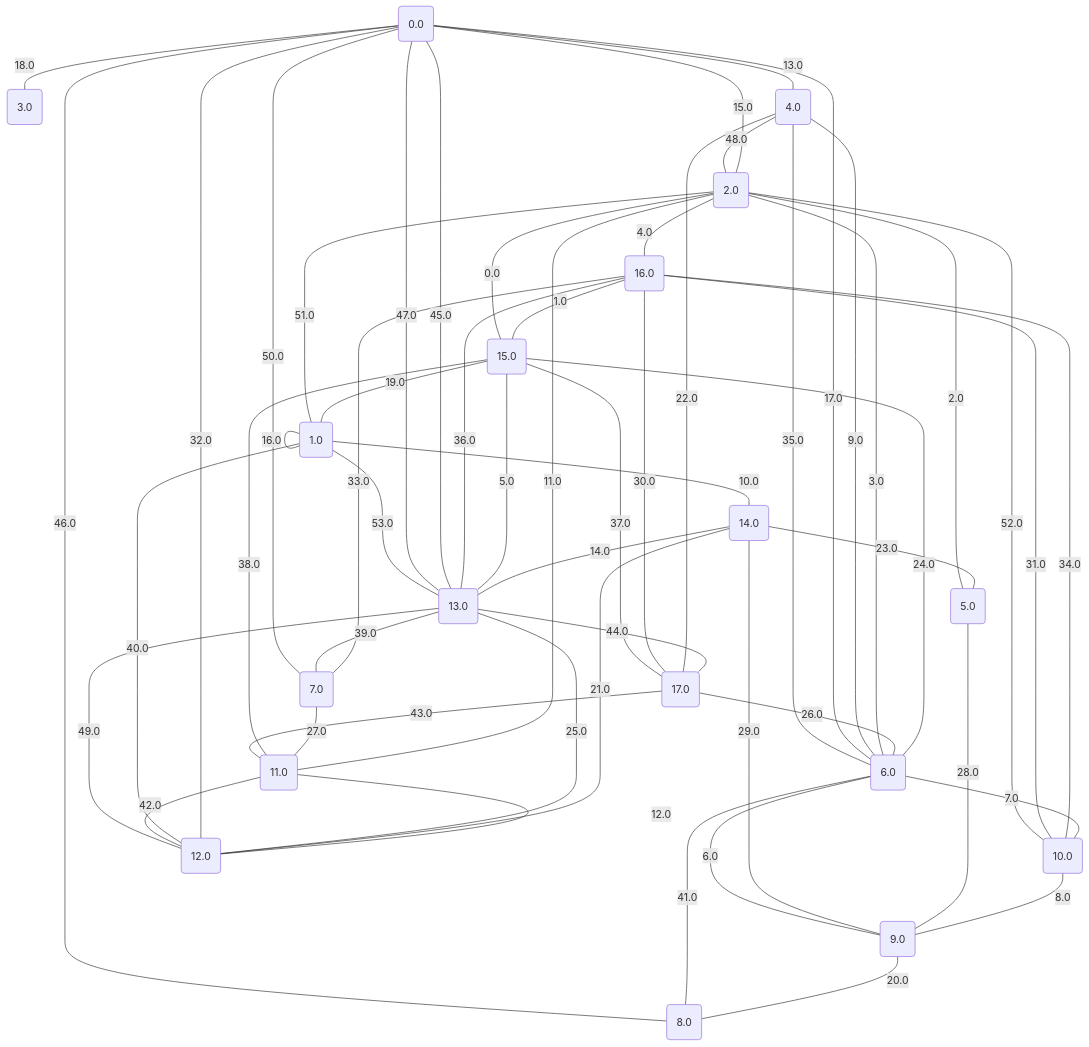
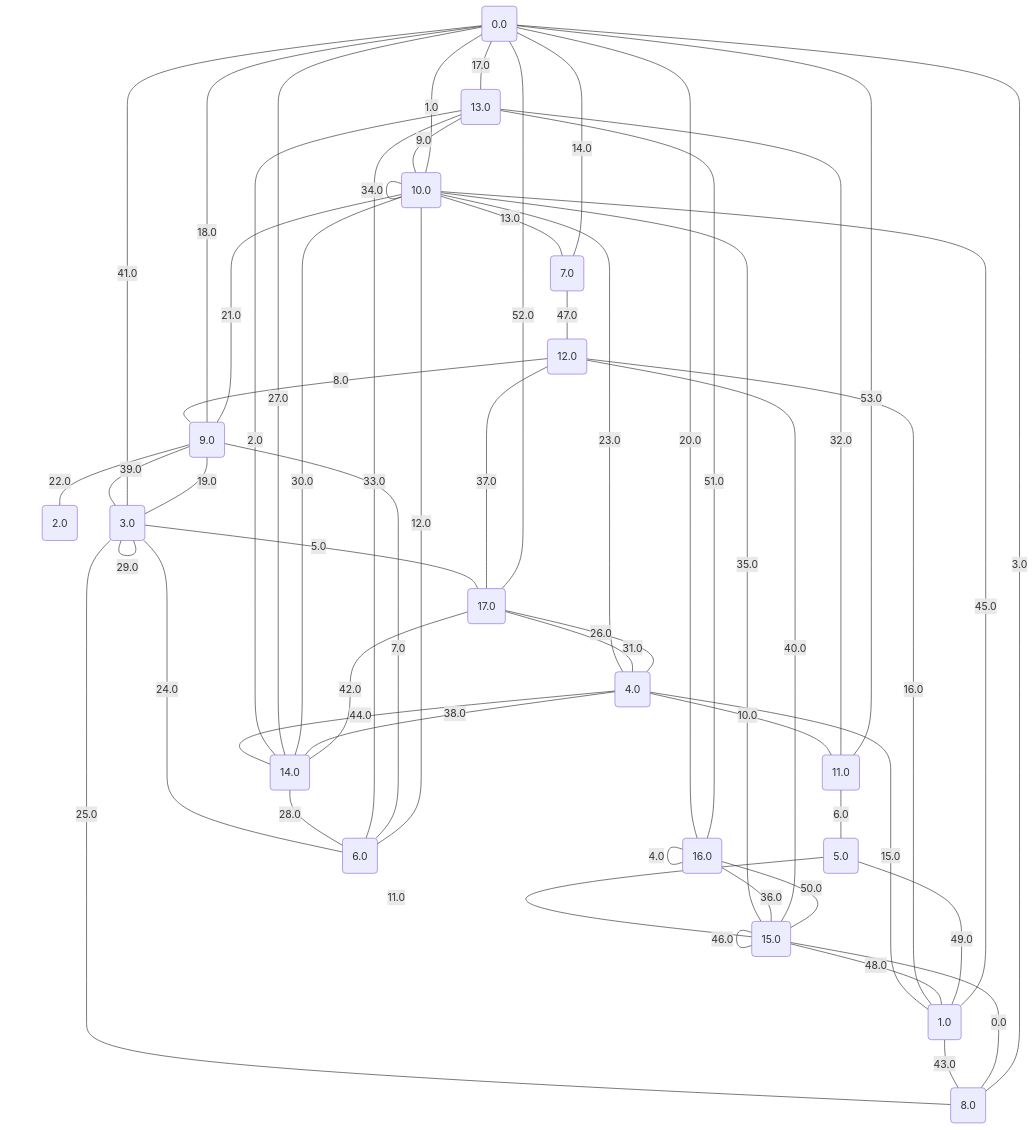
One commit to metury/graphs changed the diagram in project/src/testing/graphs/13.md. Above: the diagram before and after it, drawn with Mermaid. The commit also changed 27 other files, not shown here.

````diff
--- a/project/src/testing/graphs/13.md
+++ b/project/src/testing/graphs/13.md
@@ -1,75 +1,75 @@
 ```mermaid
 graph TD;
 0("0.0");
 1("1.0");
 2("2.0");
 3("3.0");
 4("4.0");
 5("5.0");
 6("6.0");
 7("7.0");
 8("8.0");
 9("9.0");
 10("10.0");
 11("11.0");
 12("12.0");
 13("13.0");
 14("14.0");
 15("15.0");
 16("16.0");
 17("17.0");
-	15 -- "0.0" --- 2;
-	16 -- "1.0" --- 15;
-	5 -- "2.0" --- 2;
-	6 -- "3.0" --- 2;
-	2 -- "4.0" --- 16;
-	13 -- "5.0" --- 15;
-	9 -- "6.0" --- 6;
-	6 -- "7.0" --- 10;
-	10 -- "8.0" --- 9;
-	6 -- "9.0" --- 4;
-	1 -- "10.0" --- 14;
-	2 -- "11.0" --- 11;
-	11 -- "12.0" --- 12;
-	0 -- "13.0" --- 4;
-	14 -- "14.0" --- 13;
-	0 -- "15.0" --- 2;
-	1 -- "16.0" --- 1;
-	6 -- "17.0" --- 0;
-	0 -- "18.0" --- 3;
-	15 -- "19.0" --- 1;
-	9 -- "20.0" --- 8;
-	14 -- "21.0" --- 12;
-	17 -- "22.0" --- 4;
-	14 -- "23.0" --- 5;
-	15 -- "24.0" --- 6;
-	13 -- "25.0" --- 12;
-	17 -- "26.0" --- 6;
-	7 -- "27.0" --- 11;
-	5 -- "28.0" --- 9;
-	14 -- "29.0" --- 9;
-	17 -- "30.0" --- 16;
-	10 -- "31.0" --- 16;
-	0 -- "32.0" --- 12;
-	16 -- "33.0" --- 7;
-	16 -- "34.0" --- 10;
-	6 -- "35.0" --- 4;
-	13 -- "36.0" --- 16;
-	17 -- "37.0" --- 15;
-	15 -- "38.0" --- 11;
-	13 -- "39.0" --- 7;
-	1 -- "40.0" --- 12;
-	8 -- "41.0" --- 6;
-	11 -- "42.0" --- 12;
-	17 -- "43.0" --- 11;
-	13 -- "44.0" --- 17;
-	13 -- "45.0" --- 0;
-	8 -- "46.0" --- 0;
-	13 -- "47.0" --- 0;
-	4 -- "48.0" --- 2;
-	13 -- "49.0" --- 12;
-	0 -- "50.0" --- 7;
-	2 -- "51.0" --- 1;
-	10 -- "52.0" --- 2;
-	13 -- "53.0" --- 1;
+	8 -- "0.0" --- 15;
+	10 -- "1.0" --- 0;
+	14 -- "2.0" --- 13;
+	8 -- "3.0" --- 0;
+	16 -- "4.0" --- 16;
+	3 -- "5.0" --- 17;
+	11 -- "6.0" --- 5;
+	6 -- "7.0" --- 9;
+	12 -- "8.0" --- 9;
+	13 -- "9.0" --- 10;
+	4 -- "10.0" --- 11;
+	5 -- "11.0" --- 15;
+	6 -- "12.0" --- 10;
+	10 -- "13.0" --- 7;
+	7 -- "14.0" --- 0;
+	4 -- "15.0" --- 1;
+	12 -- "16.0" --- 1;
+	0 -- "17.0" --- 13;
+	0 -- "18.0" --- 9;
+	3 -- "19.0" --- 9;
+	0 -- "20.0" --- 16;
+	9 -- "21.0" --- 10;
+	9 -- "22.0" --- 2;
+	10 -- "23.0" --- 4;
+	3 -- "24.0" --- 6;
+	3 -- "25.0" --- 8;
+	4 -- "26.0" --- 17;
+	14 -- "27.0" --- 0;
+	14 -- "28.0" --- 6;
+	3 -- "29.0" --- 3;
+	14 -- "30.0" --- 10;
+	17 -- "31.0" --- 4;
+	11 -- "32.0" --- 13;
+	13 -- "33.0" --- 6;
+	10 -- "34.0" --- 10;
+	10 -- "35.0" --- 15;
+	16 -- "36.0" --- 15;
+	12 -- "37.0" --- 17;
+	14 -- "38.0" --- 4;
+	9 -- "39.0" --- 3;
+	12 -- "40.0" --- 15;
+	0 -- "41.0" --- 3;
+	14 -- "42.0" --- 17;
+	1 -- "43.0" --- 8;
+	4 -- "44.0" --- 14;
+	1 -- "45.0" --- 10;
+	15 -- "46.0" --- 15;
+	7 -- "47.0" --- 12;
+	15 -- "48.0" --- 1;
+	5 -- "49.0" --- 1;
+	16 -- "50.0" --- 15;
+	13 -- "51.0" --- 16;
+	17 -- "52.0" --- 0;
+	11 -- "53.0" --- 0;
 ```
````
